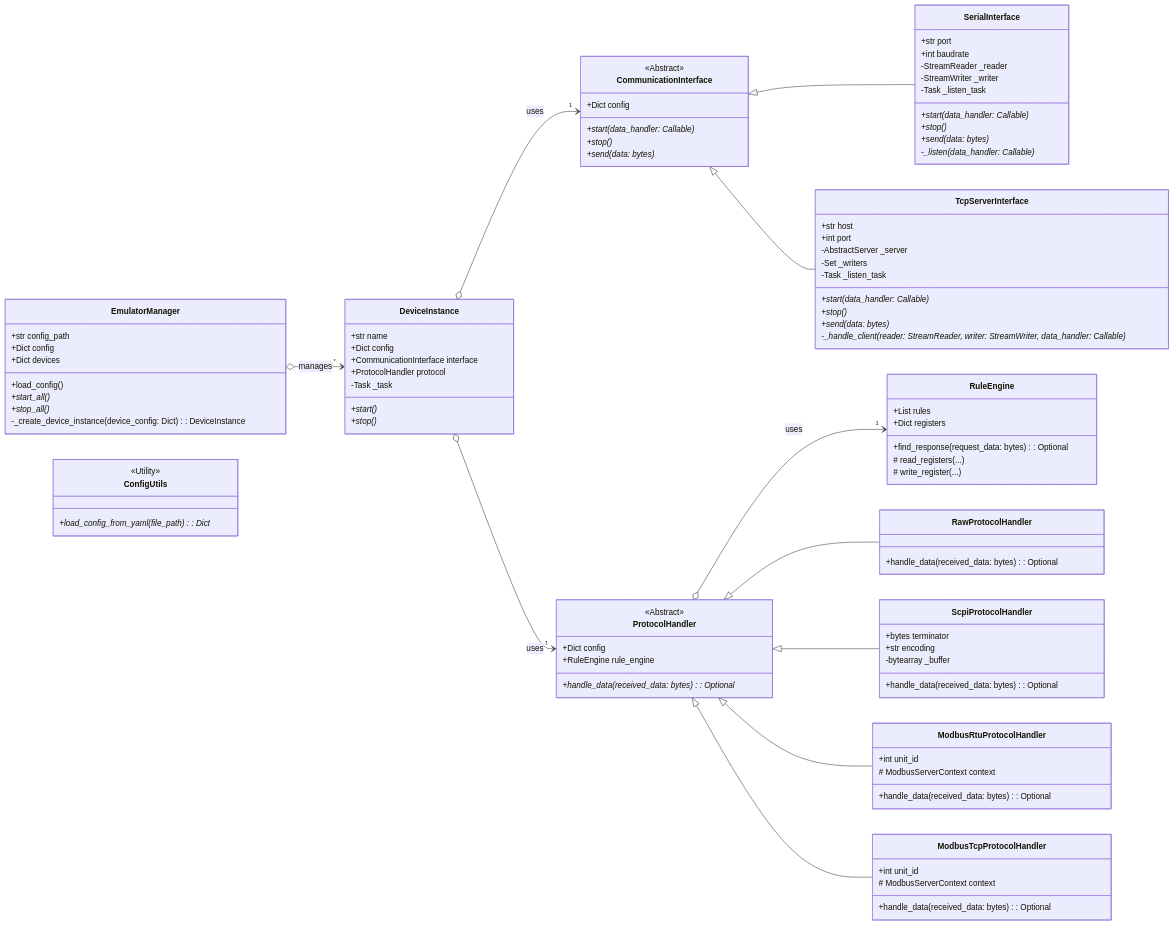
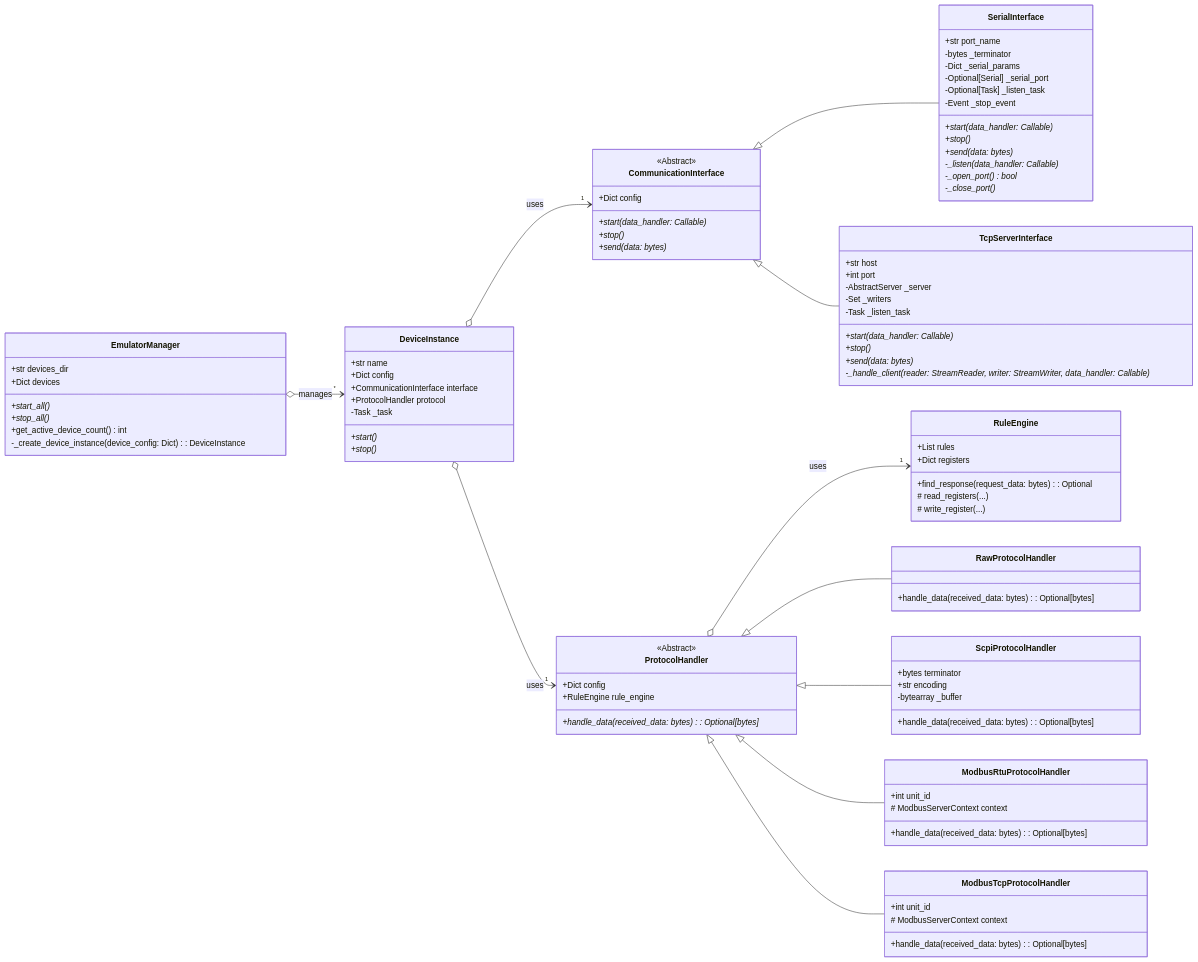
One commit to rbatistacardoso/EmuNinja changed the diagram in docs/class_diagram.md. Above: the diagram before and after it, drawn with Mermaid. The commit also changed other lines of this file and 4 other files, not shown here.

````diff
--- a/docs/class_diagram.md
+++ b/docs/class_diagram.md
@@ -5,12 +5,11 @@
     direction LR
 
     class EmulatorManager {
-        +str config_path
-        +Dict config
+        +str devices_dir
         +Dict<DeviceInstance> devices
-        +load_config()
         +start_all()*
         +stop_all()*
+        +get_active_device_count() int
         -_create_device_instance(device_config: Dict): DeviceInstance
     }
 
@@ -41,15 +40,18 @@
     }
 
     class SerialInterface {
-        +str port
-        +int baudrate
-        -StreamReader _reader
-        -StreamWriter _writer
-        -Task _listen_task
+        +str port_name
+        -bytes _terminator
+        -Dict _serial_params
+        -Optional[Serial] _serial_port
+        -Optional[Task] _listen_task
+        -Event _stop_event
         +start(data_handler: Callable)*
         +stop()*
         +send(data: bytes)*
         -_listen(data_handler: Callable)*
+        -_open_port()* bool
+        -_close_port()*
     }
 
     class TcpServerInterface {
@@ -68,35 +70,30 @@
         <<Abstract>>
         +Dict config
         +RuleEngine rule_engine
-        +handle_data(received_data: bytes): Optional<bytes>*
+        +handle_data(received_data: bytes): Optional[bytes]*
     }
 
     class RawProtocolHandler {
-        +handle_data(received_data: bytes): Optional<bytes>
+        +handle_data(received_data: bytes): Optional[bytes]
     }
 
     class ScpiProtocolHandler {
         +bytes terminator
         +str encoding
         -bytearray _buffer
-        +handle_data(received_data: bytes): Optional<bytes>
+        +handle_data(received_data: bytes): Optional[bytes]
     }
 
     class ModbusRtuProtocolHandler {
         +int unit_id
         # ModbusServerContext context
-        +handle_data(received_data: bytes): Optional<bytes>
+        +handle_data(received_data: bytes): Optional[bytes]
     }
 
     class ModbusTcpProtocolHandler {
         +int unit_id
         # ModbusServerContext context
-        +handle_data(received_data: bytes): Optional<bytes>
-    }
-
-    class ConfigUtils {
-        <<Utility>>
-        +load_config_from_yaml(file_path): Dict*
+        +handle_data(received_data: bytes): Optional[bytes]
     }
 
     EmulatorManager o--> "*" DeviceInstance : manages
@@ -111,13 +108,4 @@
     ProtocolHandler <|-- ScpiProtocolHandler
     ProtocolHandler <|-- ModbusRtuProtocolHandler
     ProtocolHandler <|-- ModbusTcpProtocolHandler
-
-    %% Relationships to Base Types (Implied)
-    %% SerialInterface ..> asyncio.StreamReader
-    %% SerialInterface ..> asyncio.StreamWriter
-    %% TcpServerInterface ..> asyncio.AbstractServer
-    %% TcpServerInterface ..> asyncio.StreamWriter
-
-    %% Utility Usage (Conceptual)
-    %% EmulatorManager ..> ConfigUtils : uses
 ```
````
